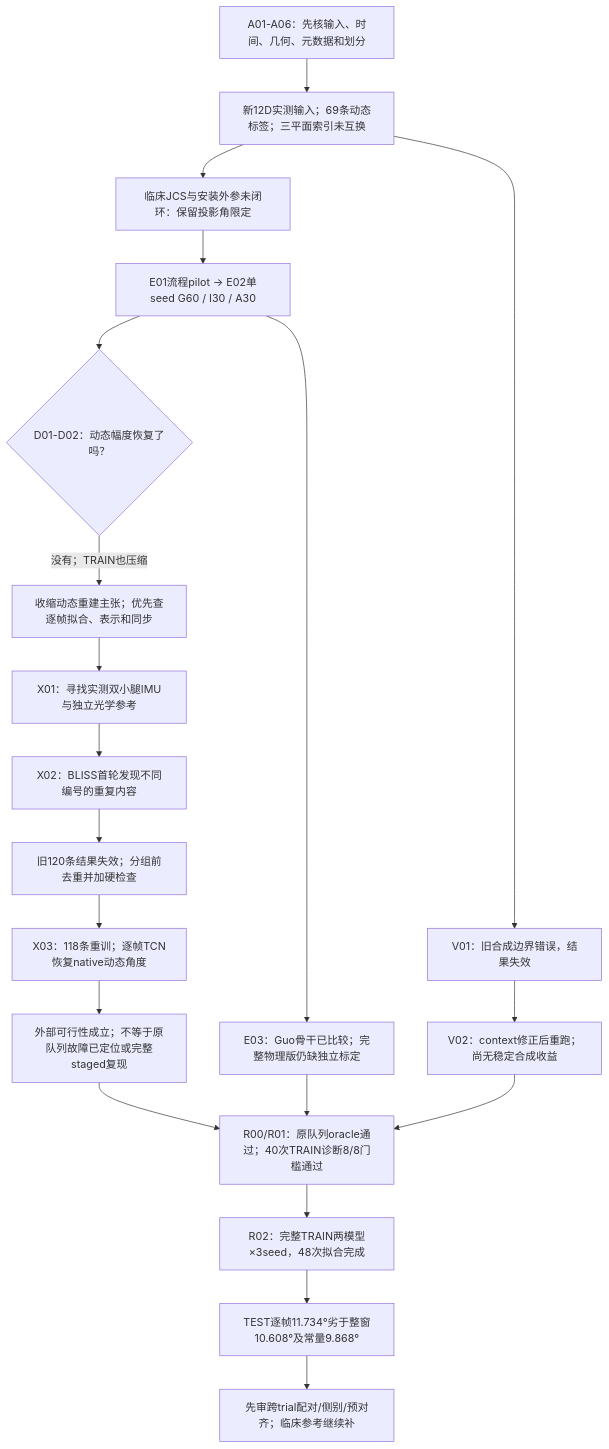
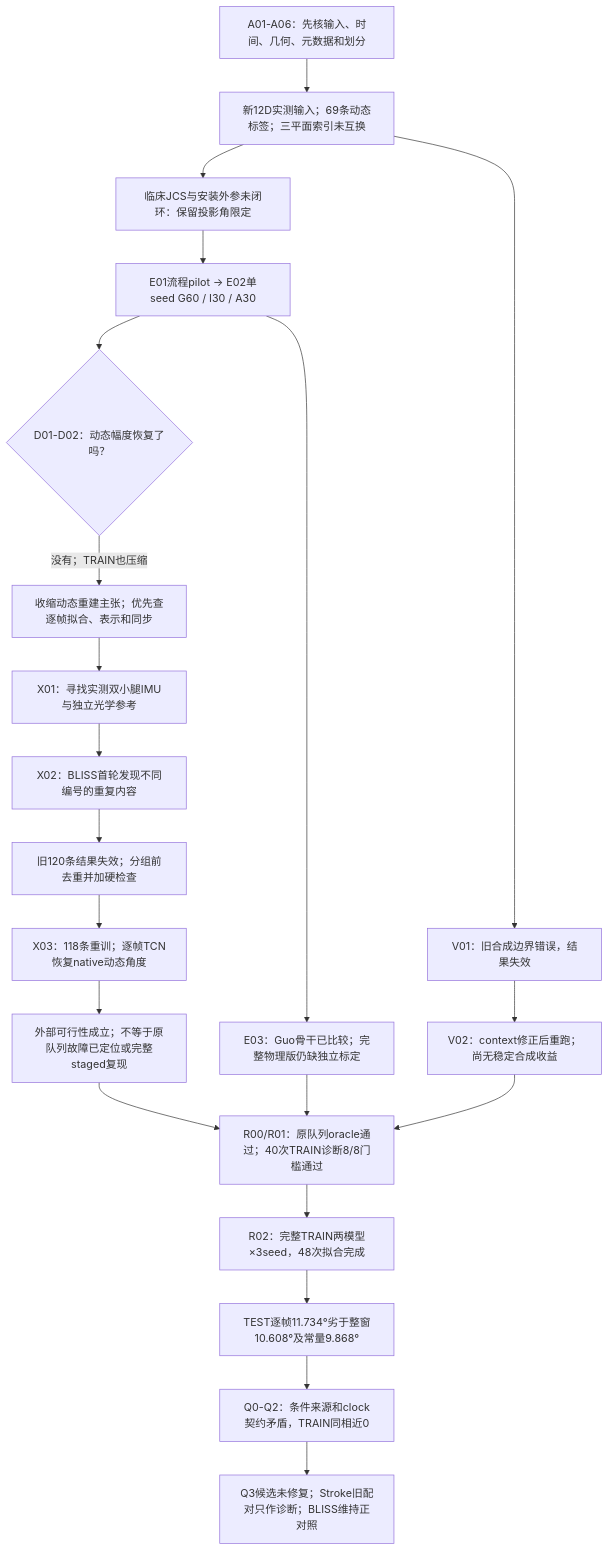
The diagram in Digital Twin/halfyeat/SII2027_EXPERIMENT_DECISIONS_20261020_ZH.md (InchengWang/NMS-GAP), drawn with Mermaid before and after one commit. The commit also changed other lines of this file and 9 other files, not shown here.

````diff
--- a/Digital Twin/halfyeat/SII2027_EXPERIMENT_DECISIONS_20261020_ZH.md
+++ b/Digital Twin/halfyeat/SII2027_EXPERIMENT_DECISIONS_20261020_ZH.md
@@ -27,22 +29,23 @@
 ```mermaid
 flowchart TD
     A["A01-A06：先核输入、时间、几何、元数据和划分"] --> B["新12D实测输入；69条动态标签；三平面索引未互换"]
     B --> C["临床JCS与安装外参未闭环：保留投影角限定"]
     C --> D["E01流程pilot → E02单seed G60 / I30 / A30"]
     D --> E{"D01-D02：动态幅度恢复了吗？"}
     E -->|"没有；TRAIN也压缩"| F["收缩动态重建主张；优先查逐帧拟合、表示和同步"]
     D --> G["E03：Guo骨干已比较；完整物理版仍缺独立标定"]
     B --> H["V01：旧合成边界错误，结果失效"]
     H --> I["V02：context修正后重跑；尚无稳定合成收益"]
     F --> J["X01：寻找实测双小腿IMU与独立光学参考"]
     J --> K["X02：BLISS首轮发现不同编号的重复内容"]
     K --> L["旧120条结果失效；分组前去重并加硬检查"]
     L --> M["X03：118条重训；逐帧TCN恢复native动态角度"]
     M --> N["外部可行性成立；不等于原队列故障已定位或完整staged复现"]
     N --> O["R00/R01：原队列oracle通过；40次TRAIN诊断8/8门槛通过"]
     O --> P["R02：完整TRAIN两模型×3seed，48次拟合完成"]
     P --> Q["TEST逐帧11.734°劣于整窗10.608°及常量9.868°"]
-    Q --> R["先审跨trial配对/侧别/预对齐；临床参考继续补"]
+    Q --> R["Q0-Q2：条件来源和clock契约矛盾，TRAIN同相近0"]
+    R --> S["Q3候选未修复；Stroke旧配对只作诊断；BLISS维持正对照"]
     I --> O
     G --> O
 ```
````
